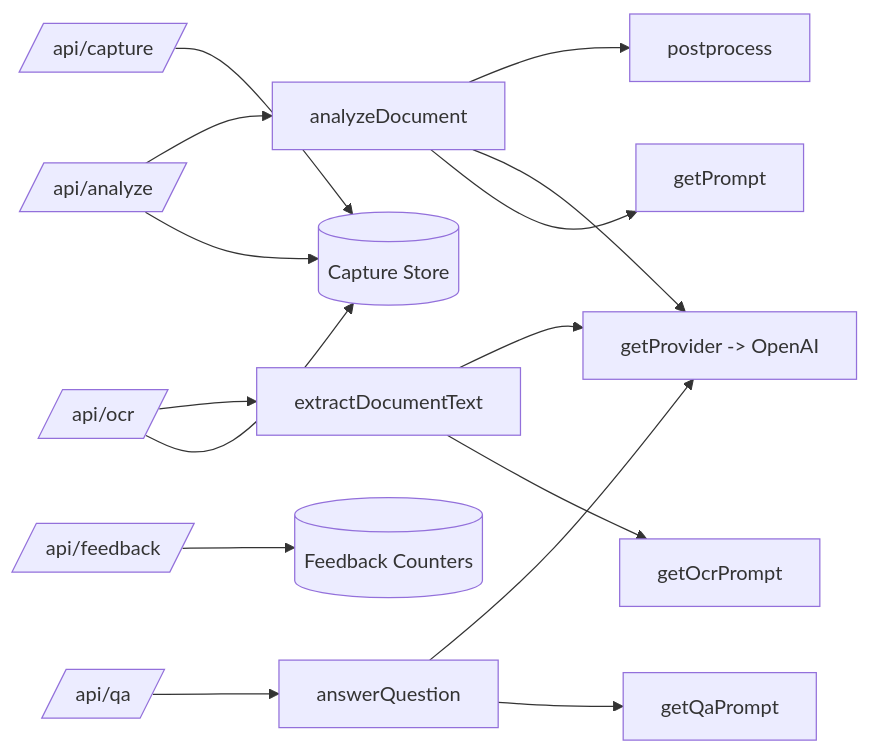
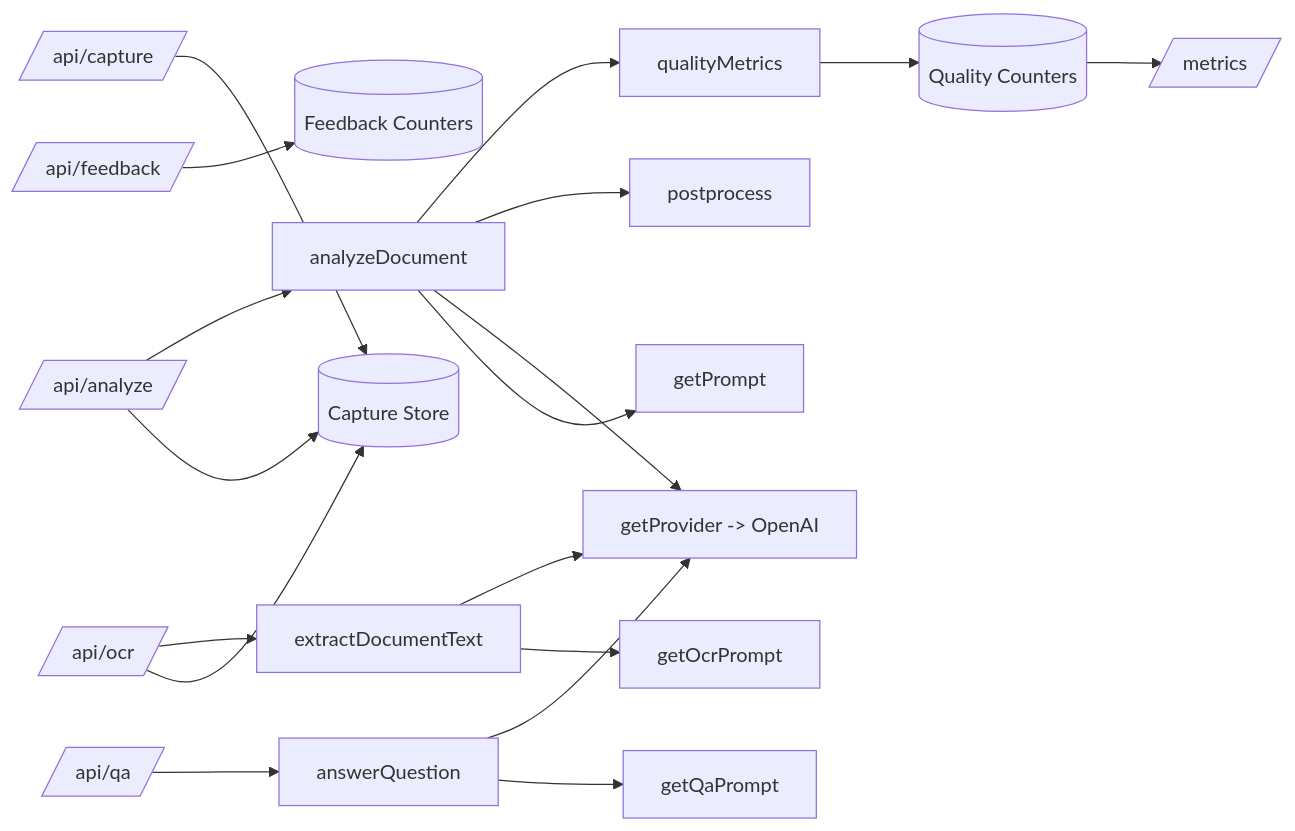
Before and after one commit to raferbati-br/entenda-o-documento: the diagram in docs/architecture/C3.md, drawn with Mermaid. The commit also changed other lines of this file and 10 other files, not shown here.

Commit message:
feat: add quality metrics dashboard (closes #9)

````diff
--- a/docs/architecture/C3.md
+++ b/docs/architecture/C3.md
@@ -20,17 +22,20 @@
 ```mermaid
 flowchart LR
   Capture[/api/capture/] --> Store[(Capture Store)]
   Ocr[/api/ocr/] --> Store
   Analyze[/api/analyze/] --> Store
   Feedback[/api/feedback/] --> FeedbackStore[(Feedback Counters)]
   Qa[/api/qa/] --> QaFlow[answerQuestion]
   QaFlow --> QaPrompt[getQaPrompt]
   QaFlow --> Provider
   Ocr --> OcrFlow[extractDocumentText]
   OcrFlow --> OcrPrompt[getOcrPrompt]
   OcrFlow --> Provider
   Analyze --> AnalyzeDoc[analyzeDocument]
   AnalyzeDoc --> Prompt[getPrompt]
   AnalyzeDoc --> Provider[getProvider -> OpenAI]
   AnalyzeDoc --> Postprocess[postprocess]
+  AnalyzeDoc --> Metrics[qualityMetrics]
+  Metrics --> MetricsStore[(Quality Counters)]
+  MetricsStore --> MetricsDash[/metrics/]
 ```
````
